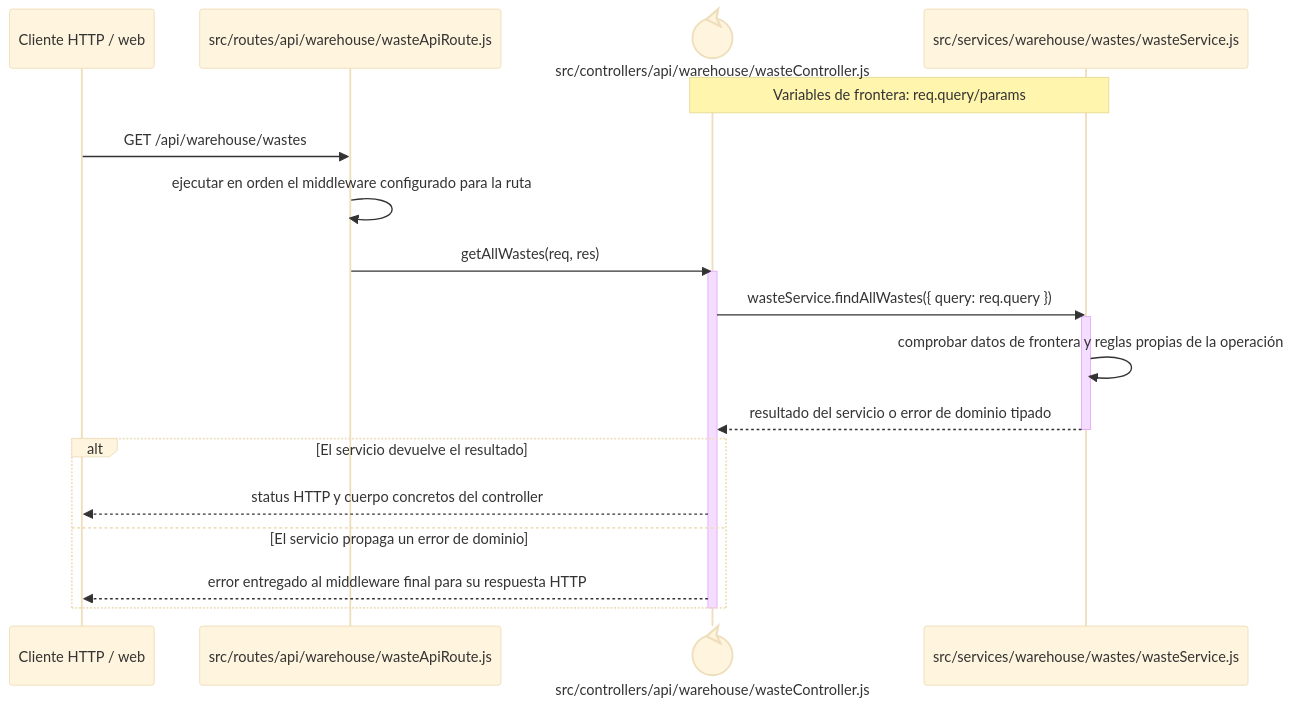
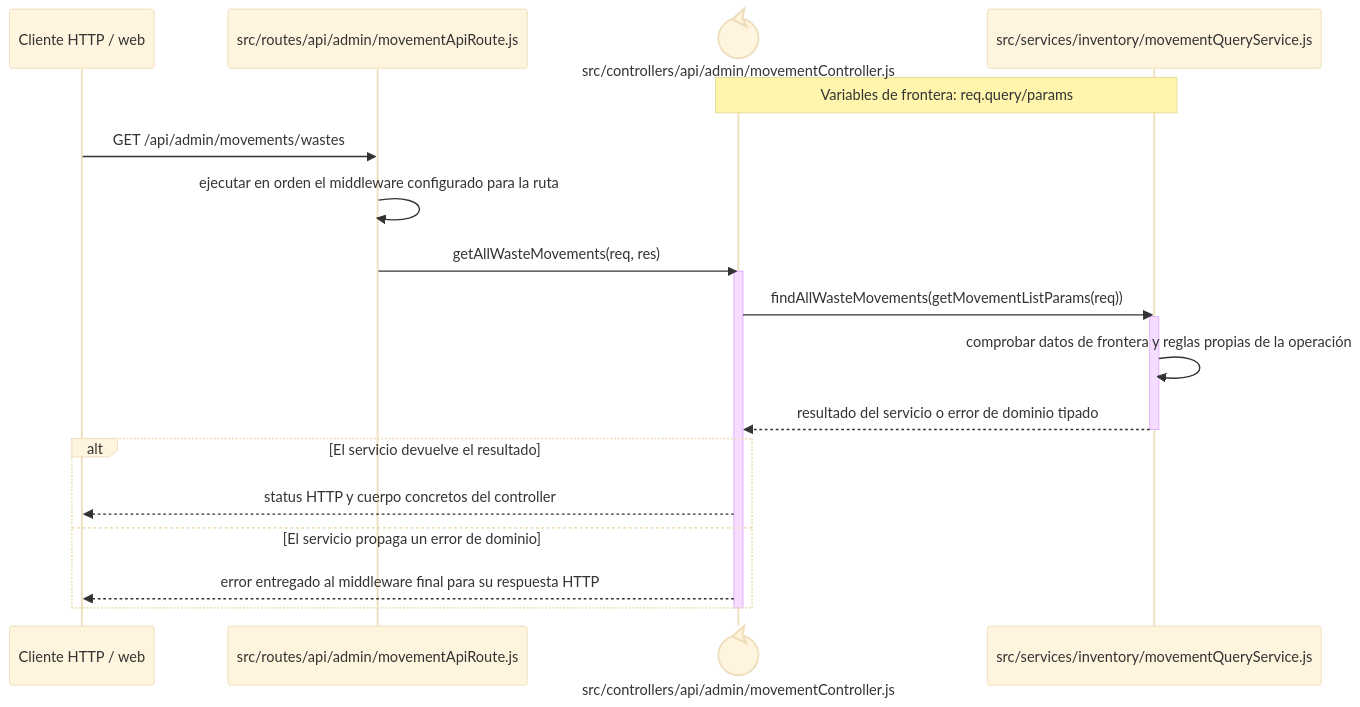
One commit to gpgsistemas01/nexus changed the diagram in docs/architecture/backend-code-sequences/catalogs/cu-cat-23.md. Above: the diagram before and after it, drawn with Mermaid (base theme). The commit also changed other lines of this file and 207 other files, not shown here.

````diff
--- a/docs/architecture/backend-code-sequences/catalogs/cu-cat-23.md
+++ b/docs/architecture/backend-code-sequences/catalogs/cu-cat-23.md
@@ -6,24 +6,24 @@
 ```mermaid
 sequenceDiagram
     participant Client as Cliente HTTP / web
-    participant Route as src/routes/api/warehouse/wasteApiRoute.js
-    participant Controller@{ "type": "control" } as src/controllers/api/warehouse/wasteController.js
-    participant Domain as src/services/warehouse/wastes/wasteService.js
+    participant Route as src/routes/api/admin/movementApiRoute.js
+    participant Controller@{ "type": "control" } as src/controllers/api/admin/movementController.js
+    participant Domain as src/services/inventory/movementQueryService.js
     Note over Controller,Domain: Variables de frontera: req.query/params
 
-    Client->>Route: GET /api/warehouse/wastes
+    Client->>Route: GET /api/admin/movements/wastes
     Route->>Route: ejecutar en orden el middleware configurado para la ruta
-    Route->>Controller: getAllWastes(req, res)
+    Route->>Controller: getAllWasteMovements(req, res)
     activate Controller
-    Controller->>Domain: wasteService.findAllWastes({ query: req.query })
+    Controller->>Domain: findAllWasteMovements(getMovementListParams(req))
     activate Domain
     Domain->>Domain: comprobar datos de frontera y reglas propias de la operación
     Domain-->>Controller: resultado del servicio o error de dominio tipado
     deactivate Domain
     alt El servicio devuelve el resultado
         Controller-->>Client: status HTTP y cuerpo concretos del controller
     else El servicio propaga un error de dominio
         Controller-->>Client: error entregado al middleware final para su respuesta HTTP
     end
     deactivate Controller
 ```
````
